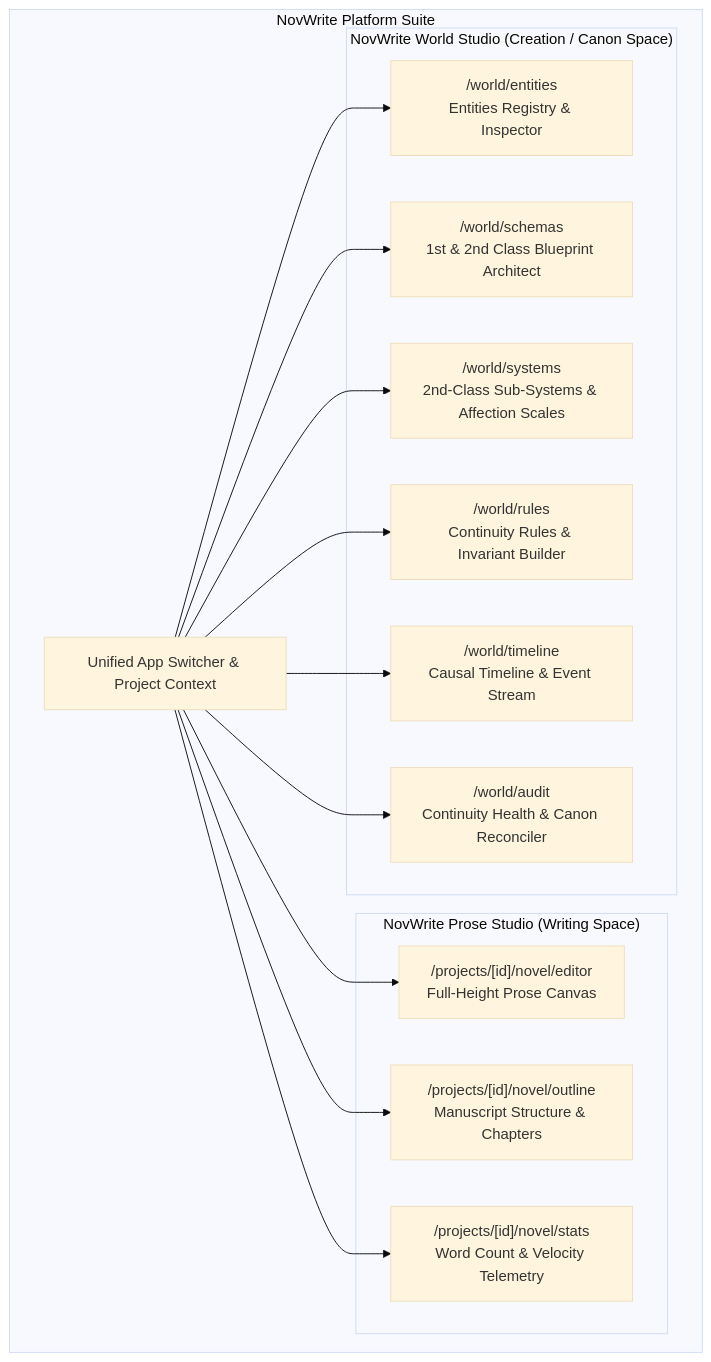
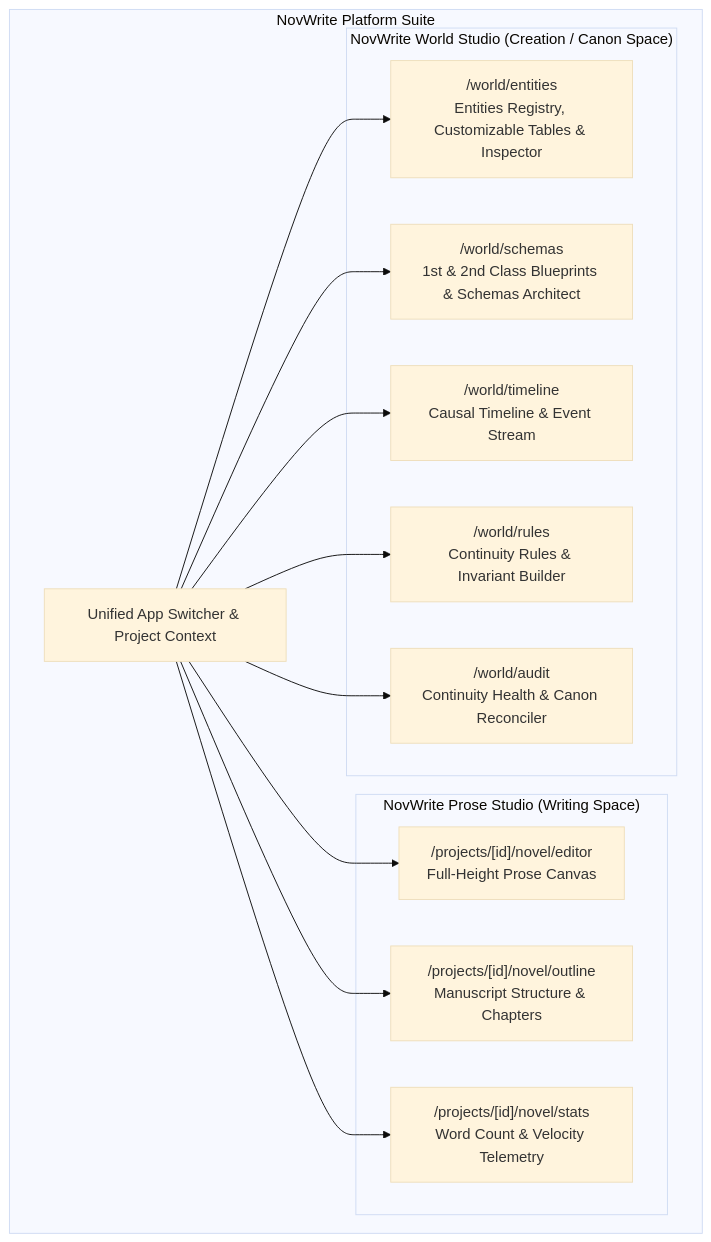
One commit to Yogesh-Kumar-Mallik-dev/NovWrite changed the first of 2 diagrams in docs/FRONTEND_ARCHITECTURE.md. Above: the diagram before and after it, drawn with Mermaid (base theme). The commit also changed other lines of this file and 7 other files, not shown here.

Commit message:
refactor(world): remove redundant custom systems routes and unify under blueprints & schemas

````diff
--- a/docs/FRONTEND_ARCHITECTURE.md
+++ b/docs/FRONTEND_ARCHITECTURE.md
@@ -22,24 +22,23 @@
 ```mermaid
 flowchart TB
     subgraph Suite ["NovWrite Platform Suite"]
         AppNav["Unified App Switcher & Project Context"]
 
         subgraph ProseApp ["NovWrite Prose Studio (Writing Space)"]
             P1["/projects/[id]/novel/editor<br/>Full-Height Prose Canvas"]
             P2["/projects/[id]/novel/outline<br/>Manuscript Structure & Chapters"]
             P3["/projects/[id]/novel/stats<br/>Word Count & Velocity Telemetry"]
         end
 
         subgraph WorldApp ["NovWrite World Studio (Creation / Canon Space)"]
-            W1["/world/entities<br/>Entities Registry & Inspector"]
-            W2["/world/schemas<br/>1st & 2nd Class Blueprint Architect"]
-            W3["/world/systems<br/>2nd-Class Sub-Systems & Affection Scales"]
+            W1["/world/entities<br/>Entities Registry, Customizable Tables & Inspector"]
+            W2["/world/schemas<br/>1st & 2nd Class Blueprints & Schemas Architect"]
+            W3["/world/timeline<br/>Causal Timeline & Event Stream"]
             W4["/world/rules<br/>Continuity Rules & Invariant Builder"]
-            W5["/world/timeline<br/>Causal Timeline & Event Stream"]
-            W6["/world/audit<br/>Continuity Health & Canon Reconciler"]
+            W5["/world/audit<br/>Continuity Health & Canon Reconciler"]
         end
     end
 
     AppNav --> P1 & P2 & P3
-    AppNav --> W1 & W2 & W3 & W4 & W5 & W6
+    AppNav --> W1 & W2 & W3 & W4 & W5
 ```
````
